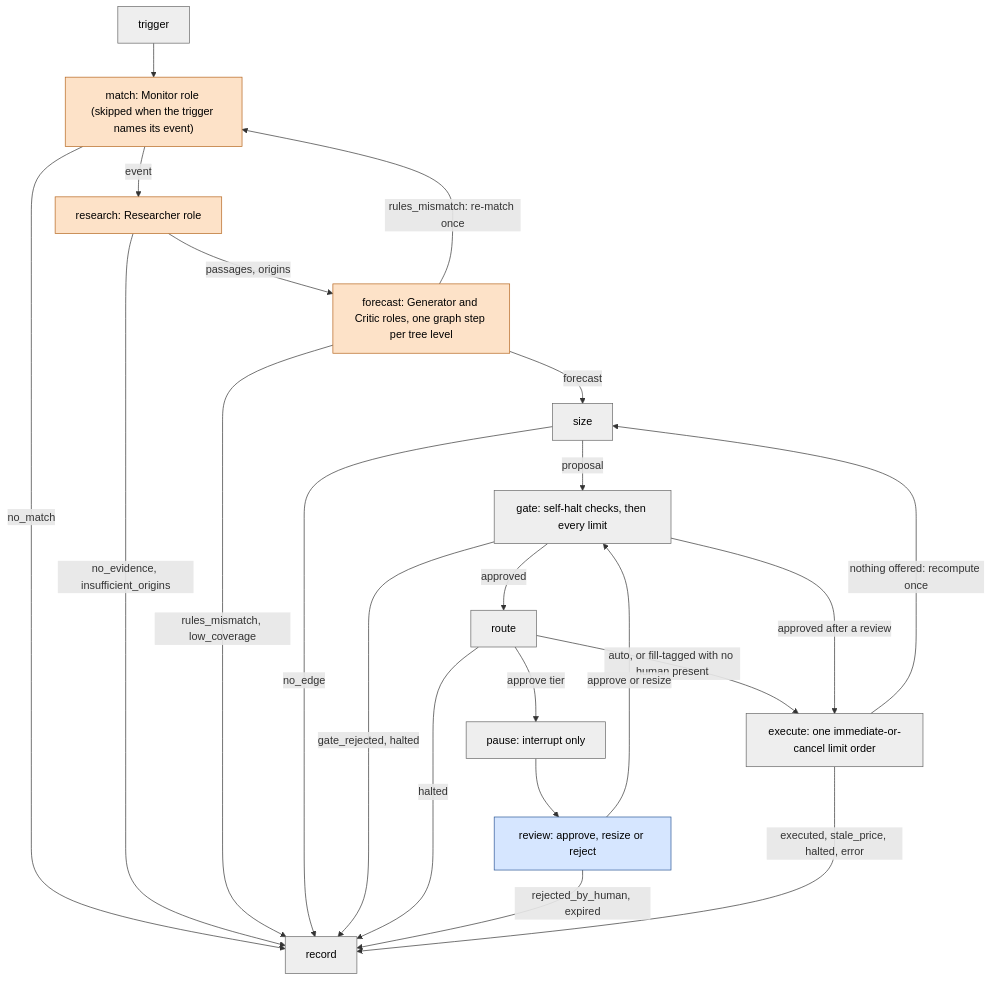
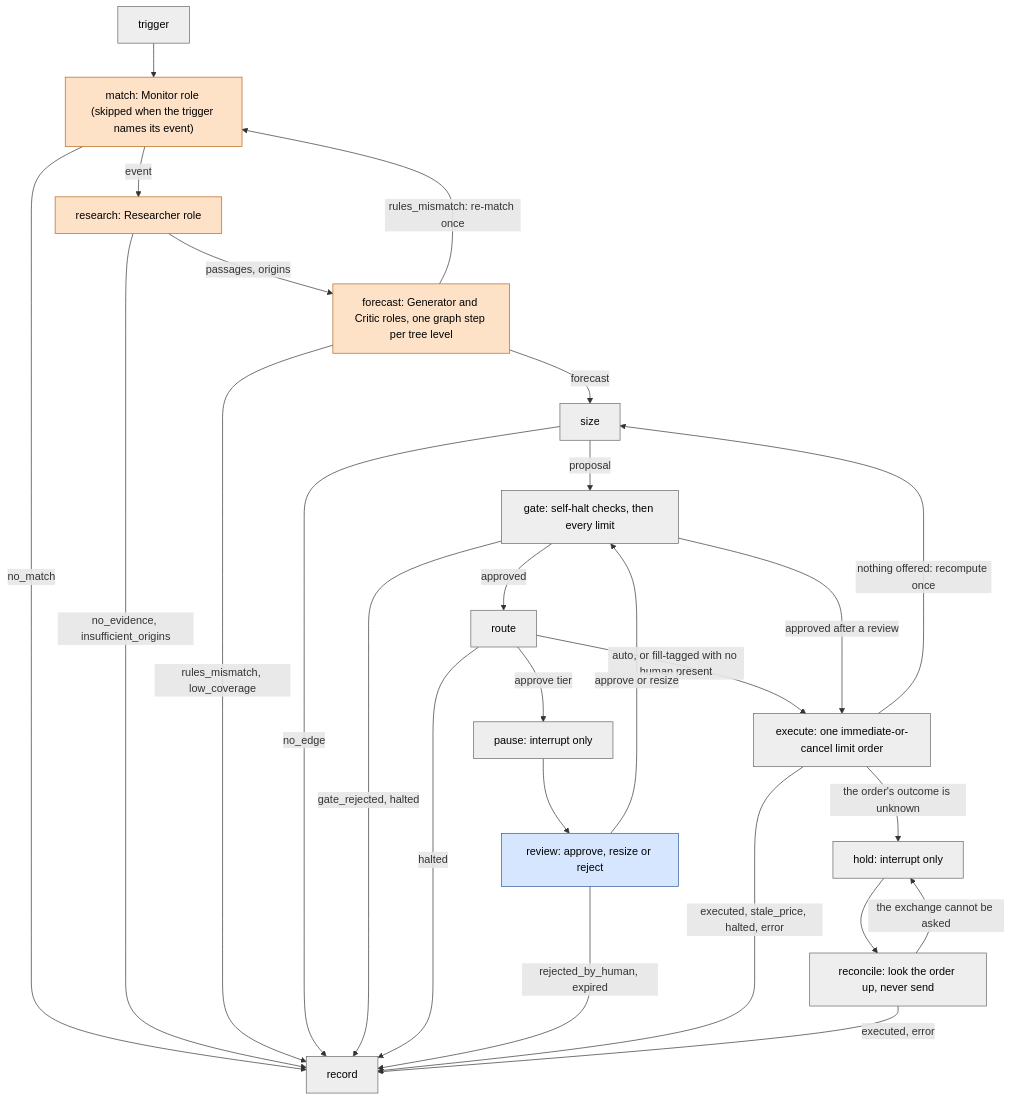
The first of 2 diagrams in docs/architecture.md (youngminpark14/CMU-Capstone-Project), drawn with Mermaid before and after one commit. The commit also changed other lines of this file and 26 other files, not shown here.

````diff
--- a/docs/architecture.md
+++ b/docs/architecture.md
@@ -21,32 +21,36 @@
 ```mermaid
 flowchart TD
     trigger["trigger"] --> match
     match["match: Monitor role (skipped when the trigger names its event)"] -->|event| research
     research["research: Researcher role"] -->|"passages, origins"| forecast
     forecast["forecast: Generator and Critic roles, one graph step per tree level"] -->|forecast| size
     forecast -->|"rules_mismatch: re-match once"| match
     size["size"] -->|proposal| gate
     gate["gate: self-halt checks, then every limit"] -->|approved| route
     route["route"] -->|"approve tier"| pause
     route -->|"auto, or fill-tagged with no human present"| execute
     pause["pause: interrupt only"] --> review
     review["review: approve, resize or reject"] -->|"approve or resize"| gate
     gate -->|"approved after a review"| execute
     execute["execute: one immediate-or-cancel limit order"] -->|"nothing offered: recompute once"| size
     match -->|no_match| record
     research -->|"no_evidence, insufficient_origins"| record
     forecast -->|"rules_mismatch, low_coverage"| record
     size -->|no_edge| record
     gate -->|"gate_rejected, halted"| record
     route -->|halted| record
     review -->|"rejected_by_human, expired"| record
     execute -->|"executed, stale_price, halted, error"| record
+    execute -->|"the order's outcome is unknown"| hold
+    hold["hold: interrupt only"] --> reconcile
+    reconcile["reconcile: look the order up, never send"] -->|"the exchange cannot be asked"| hold
+    reconcile -->|"executed, error"| record
     record["record"]
 
     classDef llm fill:#fde2c8,stroke:#b5651d,color:#000
     classDef code fill:#eeeeee,stroke:#666666,color:#000
     classDef human fill:#d6e6ff,stroke:#2b5797,color:#000
     class match,research,forecast llm
-    class trigger,size,gate,route,pause,execute,record code
+    class trigger,size,gate,route,pause,execute,hold,reconcile,record code
     class review human
 ```
````
